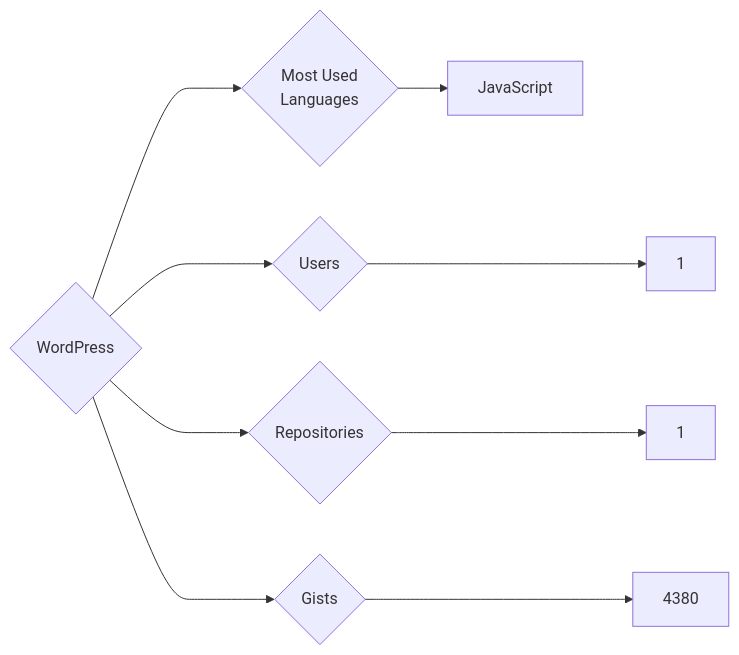
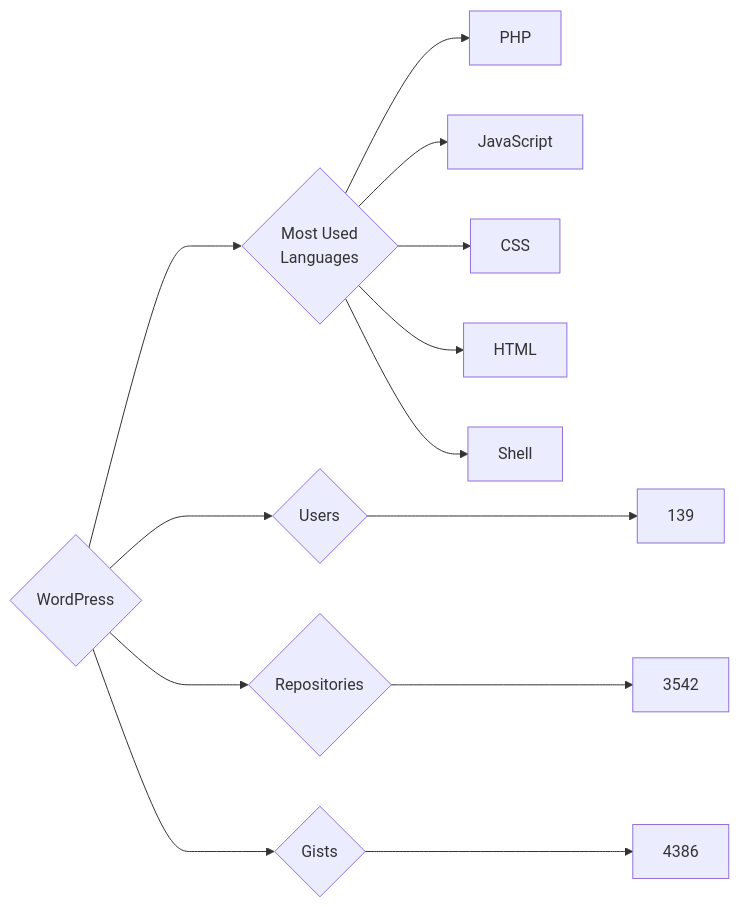
The diagram in targets/WordPress/README.md (trickest/insiders), drawn with Mermaid before and after one commit. The commit also changed 796 other files, not shown here.

````diff
--- a/targets/WordPress/README.md
+++ b/targets/WordPress/README.md
@@ -3,9 +3,13 @@
 ```mermaid
 graph LR
 COMPANY_NAME{WordPress}
-COMPANY_NAME ---> U{Users} ---> UN[1]
-COMPANY_NAME ---> R{Repositories} ---> RN[1]
-COMPANY_NAME ---> G{Gists} ---> GN[4380]
+COMPANY_NAME ---> U{Users} ---> UN[139]
+COMPANY_NAME ---> R{Repositories} ---> RN[3542]
+COMPANY_NAME ---> G{Gists} ---> GN[4386]
 COMPANY_NAME ---> ML{Most Used<br>Languages}
+ML --> PHP[PHP]
 ML --> JavaScript[JavaScript]
+ML --> CSS[CSS]
+ML --> HTML[HTML]
+ML --> Shell[Shell]
 ```
````
